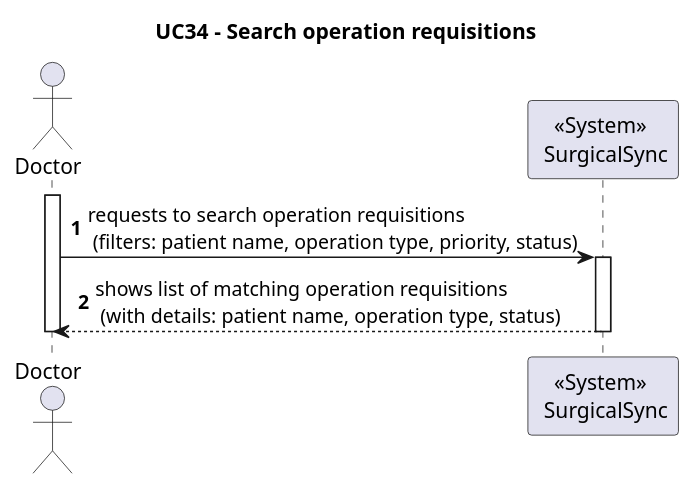
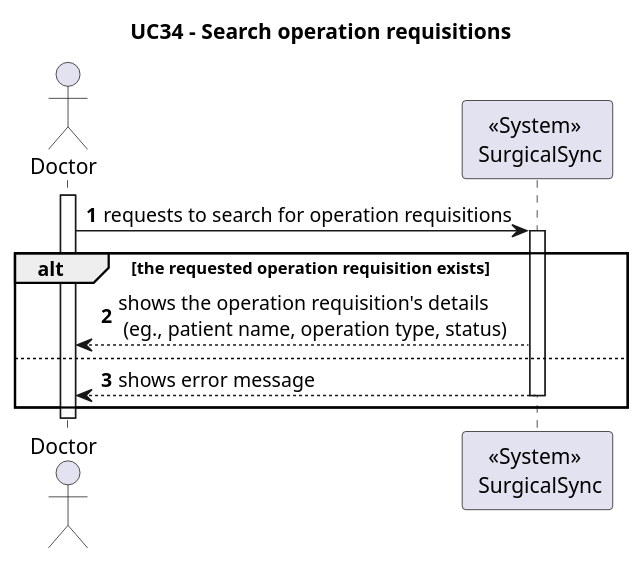
The diagram in Wiki/SprintA/diagrams/use-cases/34-search-operation-requisitions/level1/process-view.puml (MiguelCardoso77/SurgicalSync-BackEnd), drawn with PlantUML before and after one commit. The commit also changed 5 other files, not shown here.

```diff
--- a/Wiki/SprintA/diagrams/use-cases/34-search-operation-requisitions/level1/process-view.puml
+++ b/Wiki/SprintA/diagrams/use-cases/34-search-operation-requisitions/level1/process-view.puml
@@ -1,21 +1,30 @@
 @startuml
 autonumber
 
 Title "UC34 - Search operation requisitions"
 
 actor "Doctor" as D
 participant "<<System>> \n SurgicalSync" as SYSTEM
 
 activate D
 
-D -> SYSTEM: requests to search operation requisitions \n (filters: patient name, operation type, priority, status)
+D -> SYSTEM: requests to search for operation requisitions
 
+    alt the requested operation requisition exists 
+    
     activate SYSTEM
     
-    SYSTEM --> D: shows list of matching operation requisitions \n (with details: patient name, operation type, status)
+    SYSTEM --> D: shows the operation requisition's details \n (eg., patient name, operation type, status)
 
+    
+    else
+    
+    SYSTEM --> D : shows error message
+    
     deactivate SYSTEM
+    
+    end
     
 deactivate D
 
 @enduml
```
